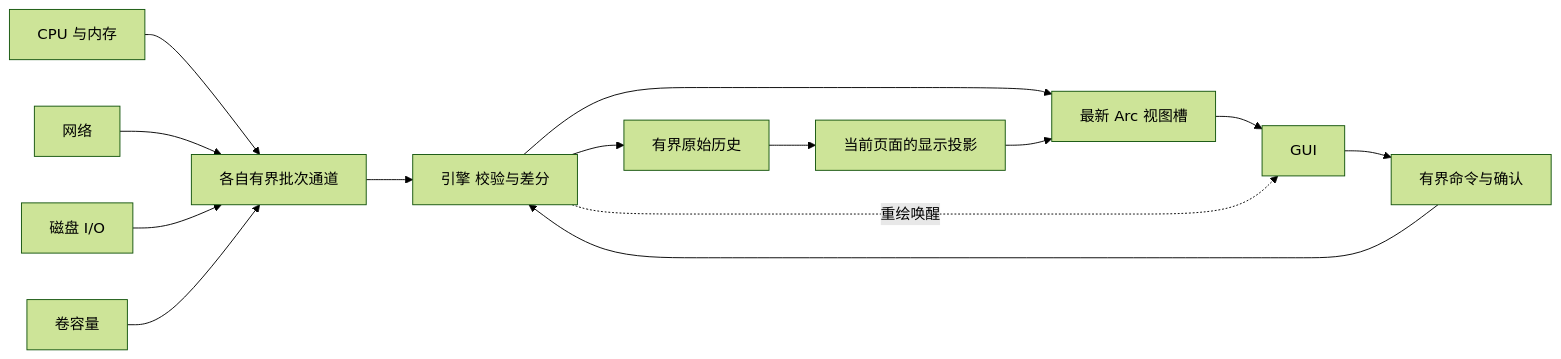
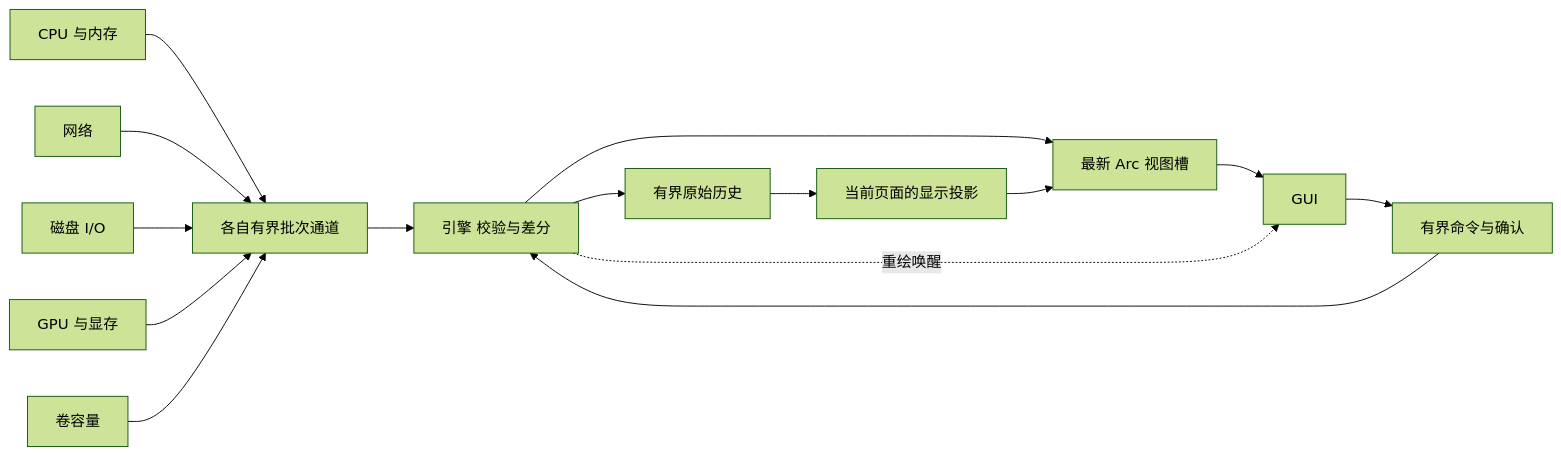
The second of 2 diagrams in docs/ARCHITECTURE.md (lengyc-Code/qqq_monitor), drawn with Mermaid (forest theme) before and after one commit. The commit also changed other lines of this file and 23 other files, not shown here.

````diff
--- a/docs/ARCHITECTURE.md
+++ b/docs/ARCHITECTURE.md
@@ -135,16 +142,17 @@
 ```mermaid
 flowchart LR
     CPU[CPU 与内存] --> CH[各自有界批次通道]
     NET[网络] --> CH
     DISK[磁盘 I/O] --> CH
+    GPU[GPU 与显存] --> CH
     VOL[卷容量] --> CH
     CH --> ENGINE[引擎 校验与差分]
     ENGINE --> HISTORY[有界原始历史]
     HISTORY --> PROJECTION[当前页面的显示投影]
     ENGINE --> SLOT[最新 Arc 视图槽]
     PROJECTION --> SLOT
     SLOT --> UI[GUI]
     UI --> COMMAND[有界命令与确认]
     COMMAND --> ENGINE
     ENGINE -. 重绘唤醒 .-> UI
 ```
````
